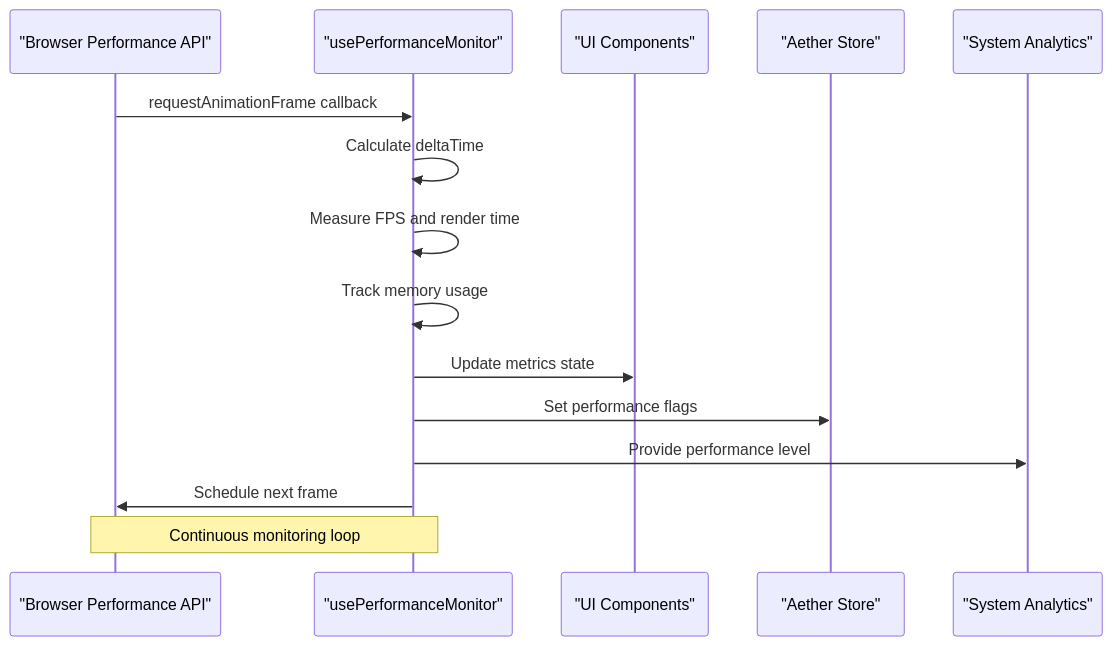
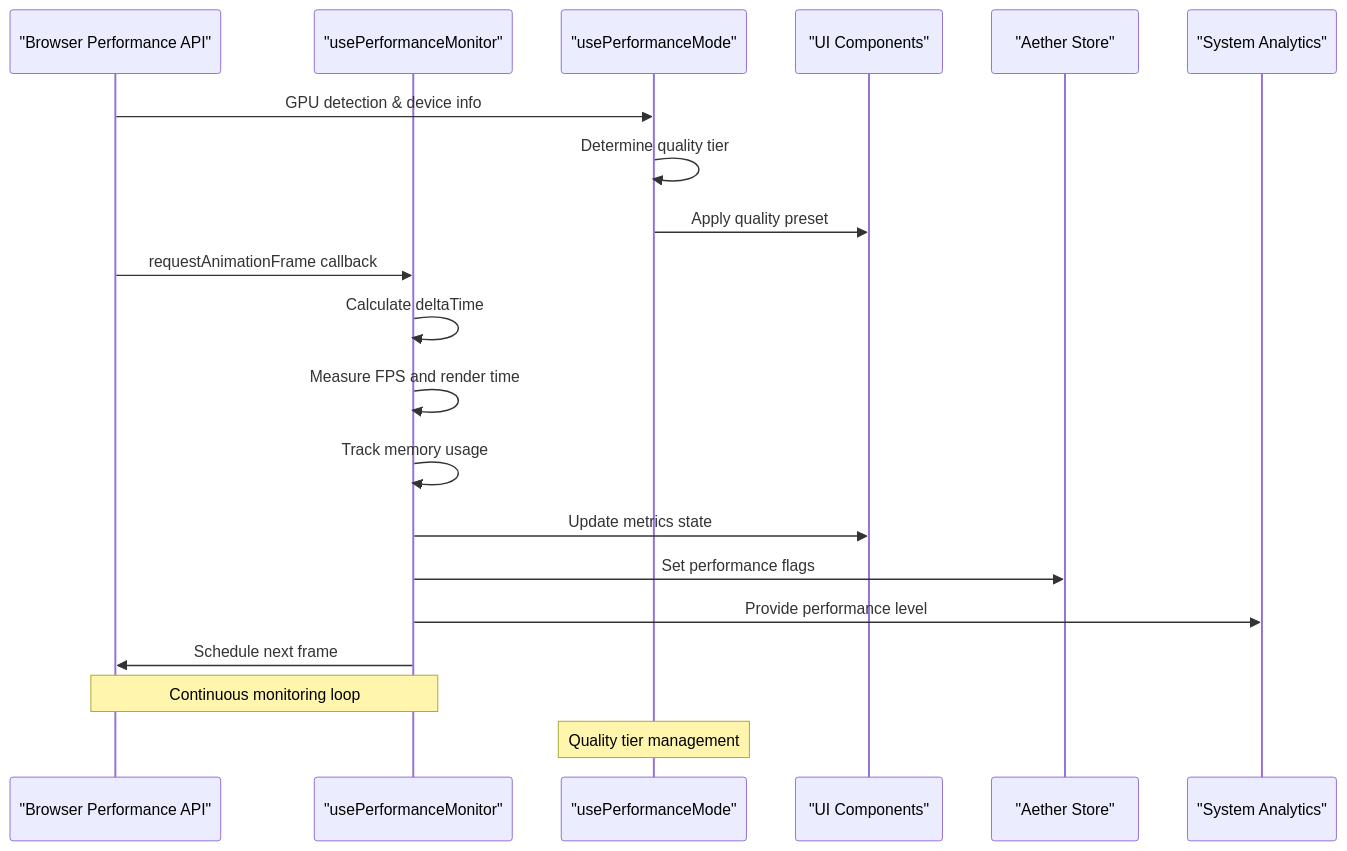
The second of 6 diagrams in .qoder/repowiki/en/content/Frontend Application/State Management and Hooks/Performance Monitor Hook.md (Moeabdelaziz007/Aether-Voice-OS), drawn with Mermaid before and after one commit. The commit also changed other lines of this file and 29 other files, not shown here.

````diff
--- a/.qoder/repowiki/en/content/Frontend Application/State Management and Hooks/Performance Monitor Hook.md
+++ b/.qoder/repowiki/en/content/Frontend Application/State Management and Hooks/Performance Monitor Hook.md
@@ -104,17 +119,22 @@
 ```mermaid
 sequenceDiagram
 participant Browser as "Browser Performance API"
-participant Hook as "usePerformanceMonitor"
+participant PMH as "usePerformanceMonitor"
+participant PM as "usePerformanceMode"
 participant Components as "UI Components"
 participant Store as "Aether Store"
 participant Analytics as "System Analytics"
-Browser->>Hook : requestAnimationFrame callback
-Hook->>Hook : Calculate deltaTime
-Hook->>Hook : Measure FPS and render time
-Hook->>Hook : Track memory usage
-Hook->>Components : Update metrics state
-Hook->>Store : Set performance flags
-Hook->>Analytics : Provide performance level
-Hook->>Browser : Schedule next frame
-Note over Hook,Browser : Continuous monitoring loop
+Browser->>PM : GPU detection & device info
+PM->>PM : Determine quality tier
+PM->>Components : Apply quality preset
+Browser->>PMH : requestAnimationFrame callback
+PMH->>PMH : Calculate deltaTime
+PMH->>PMH : Measure FPS and render time
+PMH->>PMH : Track memory usage
+PMH->>Components : Update metrics state
+PMH->>Store : Set performance flags
+PMH->>Analytics : Provide performance level
+PMH->>Browser : Schedule next frame
+Note over PMH,Browser : Continuous monitoring loop
+Note over PM : Quality tier management
 ```
````
